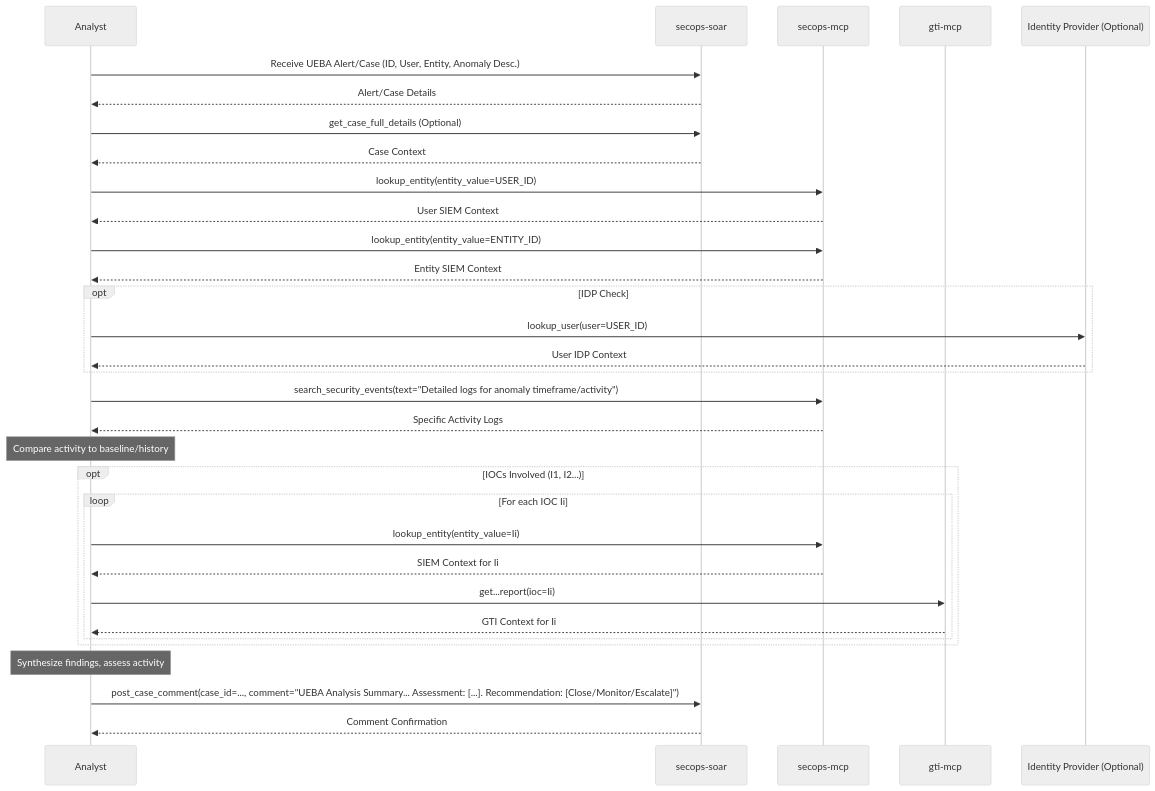
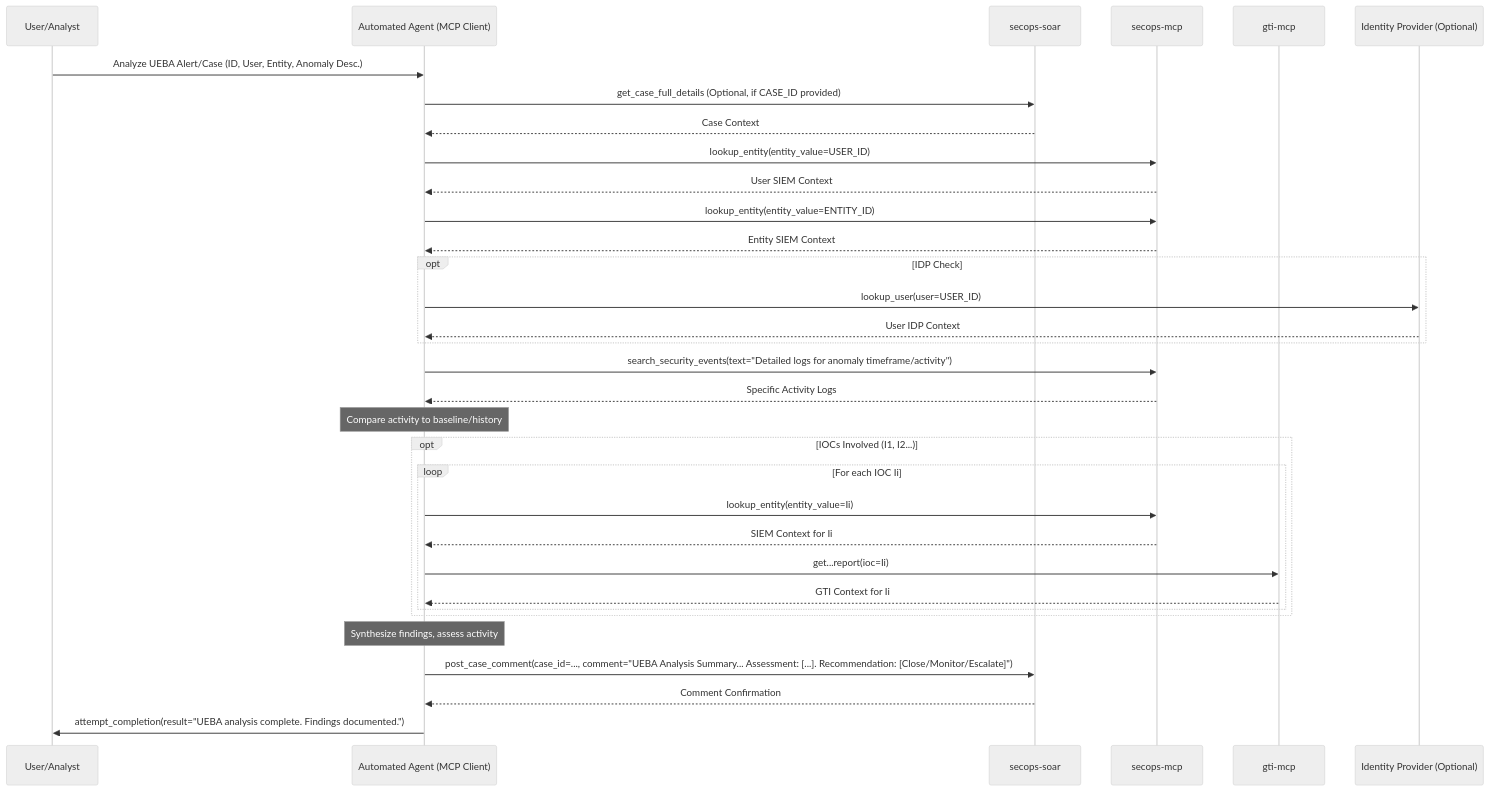
One commit to dandye/adk_runbooks changed the diagram in rules-bank/run_books/ueba_report.md. Above: the diagram before and after it, drawn with Mermaid (neutral theme). The commit also changed 42 other files, not shown here.

````diff
--- a/rules-bank/run_books/ueba_report.md
+++ b/rules-bank/run_books/ueba_report.md
@@ -36,36 +36,36 @@
 ```{mermaid}
 sequenceDiagram
-    participant Analyst
+    participant User/Analyst
+    participant AutomatedAgent as Automated Agent (MCP Client)
     participant SOAR as secops-soar
     participant SIEM as secops-mcp
     participant GTI as gti-mcp
     participant IDP as Identity Provider (Optional)
 
-    Analyst->>SOAR: Receive UEBA Alert/Case (ID, User, Entity, Anomaly Desc.)
-    SOAR-->>Analyst: Alert/Case Details
-    Analyst->>SOAR: get_case_full_details (Optional)
-    SOAR-->>Analyst: Case Context
-    Analyst->>SIEM: lookup_entity(entity_value=USER_ID)
-    SIEM-->>Analyst: User SIEM Context
-    Analyst->>SIEM: lookup_entity(entity_value=ENTITY_ID)
-    SIEM-->>Analyst: Entity SIEM Context
+    User/Analyst->>AutomatedAgent: Analyze UEBA Alert/Case (ID, User, Entity, Anomaly Desc.)
+    AutomatedAgent->>SOAR: get_case_full_details (Optional, if CASE_ID provided)
+    SOAR-->>AutomatedAgent: Case Context
+    AutomatedAgent->>SIEM: lookup_entity(entity_value=USER_ID)
+    SIEM-->>AutomatedAgent: User SIEM Context
+    AutomatedAgent->>SIEM: lookup_entity(entity_value=ENTITY_ID)
+    SIEM-->>AutomatedAgent: Entity SIEM Context
     opt IDP Check
-        Analyst->>IDP: lookup_user(user=USER_ID)
-        IDP-->>Analyst: User IDP Context
+        AutomatedAgent->>IDP: lookup_user(user=USER_ID)
+        IDP-->>AutomatedAgent: User IDP Context
     end
-    Analyst->>SIEM: search_security_events(text="Detailed logs for anomaly timeframe/activity")
-    SIEM-->>Analyst: Specific Activity Logs
-    Note over Analyst: Compare activity to baseline/history
+    AutomatedAgent->>SIEM: search_security_events(text="Detailed logs for anomaly timeframe/activity")
+    SIEM-->>AutomatedAgent: Specific Activity Logs
+    Note over AutomatedAgent: Compare activity to baseline/history
     opt IOCs Involved (I1, I2...)
         loop For each IOC Ii
-            Analyst->>SIEM: lookup_entity(entity_value=Ii)
-            SIEM-->>Analyst: SIEM Context for Ii
-            Analyst->>GTI: get...report(ioc=Ii)
-            GTI-->>Analyst: GTI Context for Ii
+            AutomatedAgent->>SIEM: lookup_entity(entity_value=Ii)
+            SIEM-->>AutomatedAgent: SIEM Context for Ii
+            AutomatedAgent->>GTI: get...report(ioc=Ii)
+            GTI-->>AutomatedAgent: GTI Context for Ii
         end
     end
-    Note over Analyst: Synthesize findings, assess activity
-    Analyst->>SOAR: post_case_comment(case_id=..., comment="UEBA Analysis Summary... Assessment: [...]. Recommendation: [Close/Monitor/Escalate]")
-    SOAR-->>Analyst: Comment Confirmation
-
+    Note over AutomatedAgent: Synthesize findings, assess activity
+    AutomatedAgent->>SOAR: post_case_comment(case_id=..., comment="UEBA Analysis Summary... Assessment: [...]. Recommendation: [Close/Monitor/Escalate]")
+    SOAR-->>AutomatedAgent: Comment Confirmation
+    AutomatedAgent->>User/Analyst: attempt_completion(result="UEBA analysis complete. Findings documented.")
 ```
````
